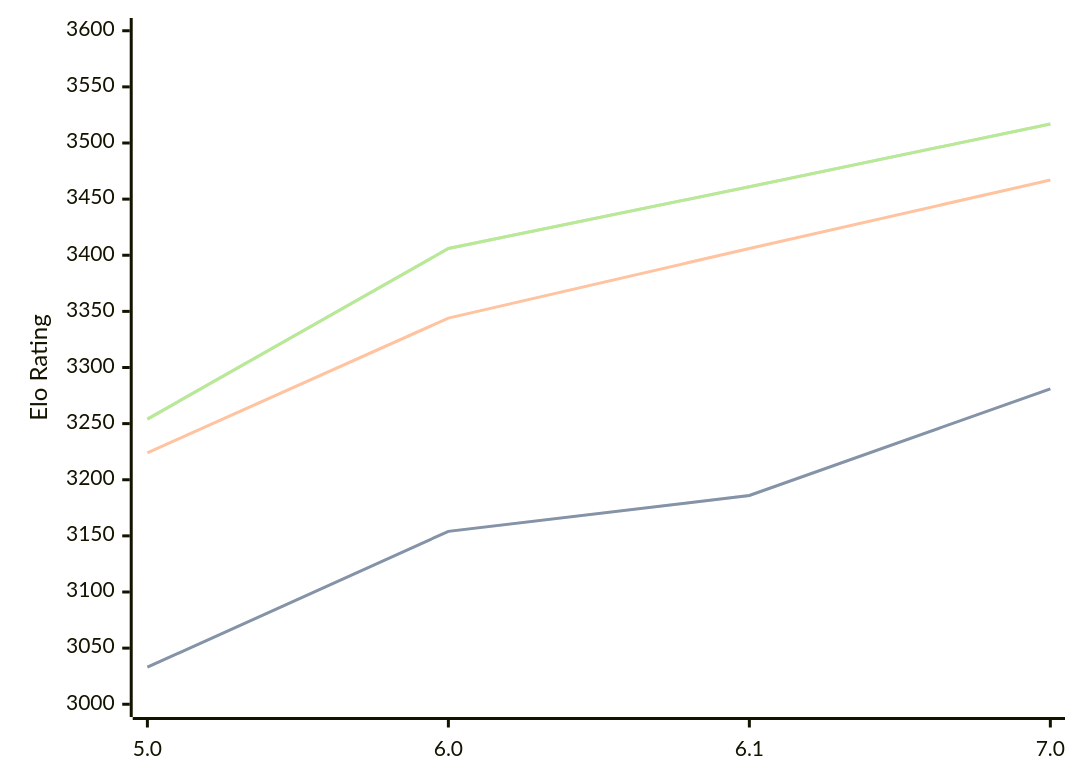
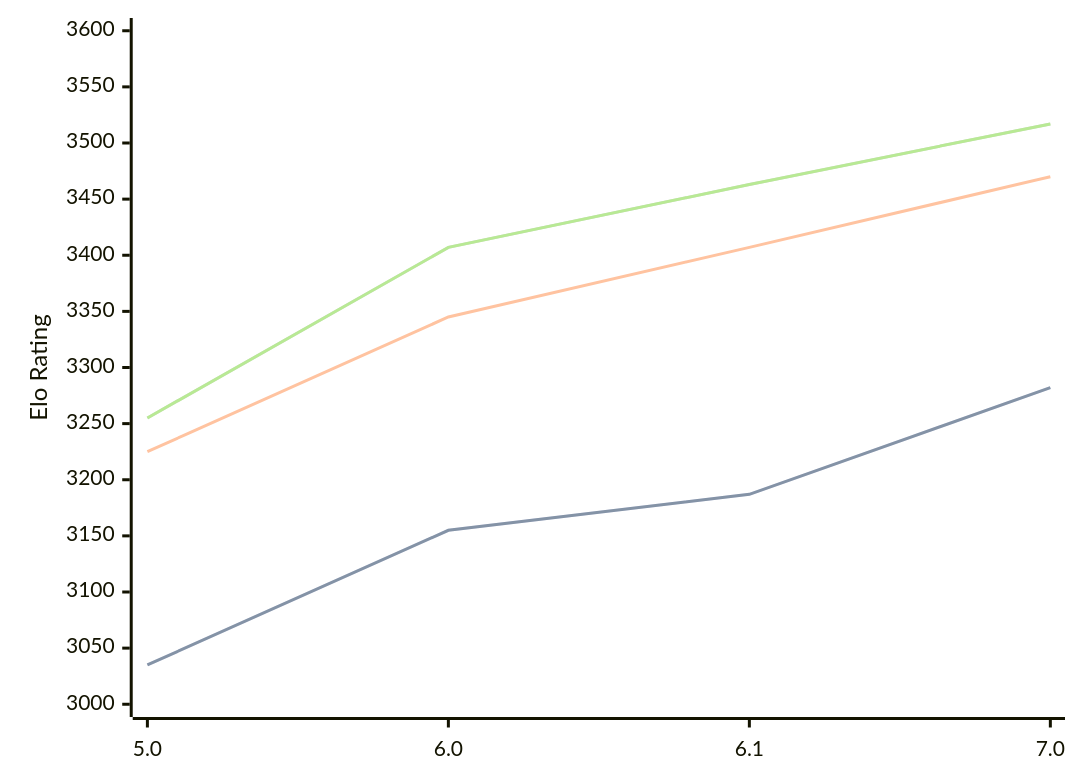
The first of 3 diagrams in engines/PZChessBot.md (computer-chess-index/cci), drawn with Mermaid before and after one commit. The commit also changed other lines of this file, not shown here.

Commit message:
Update CCI Ratings (ELO VLTC) - 2026-06-23

````diff
--- a/engines/PZChessBot.md
+++ b/engines/PZChessBot.md
@@ -43,11 +43,11 @@
 ```mermaid
 %%{init: {"theme":"base","themeVariables":{"seriesColors:['#a3a3a3','#222221','#faa371']}}}%%
 xychart-beta
   x-axis ["5.0", "6.0", "6.1", "7.0"]
   y-axis "Elo Rating" 3000 --> 3600
-  line "STC (8.0+0.08s)" [3033, 3154, 3186, 3281]
-  line "STC (8.0+0.08s)" [3033, 3154, 3186, 3281]
-  line "LTC (60.0+0.60s)" [3224, 3344, 3406, 3467]
-  line "VLTC (2m24s+1.12s)" [3254, 3406, 3461, 3517]
-  line "VLTC (2m24s+1.12s)" [3254, 3406, 3461, 3517]
+  line "STC (8.0+0.08s)" [3035, 3155, 3187, 3282]
+  line "STC (8.0+0.08s)" [3035, 3155, 3187, 3282]
+  line "LTC (60.0+0.60s)" [3225, 3345, 3407, 3470]
+  line "VLTC (2m24s+1.12s)" [3255, 3407, 3463, 3517]
+  line "VLTC (2m24s+1.12s)" [3255, 3407, 3463, 3517]
 ```
````
